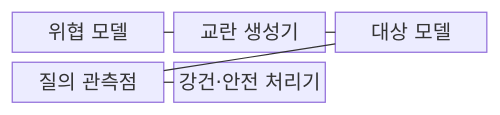
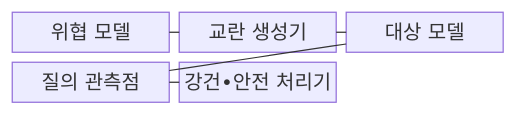
The first of 2 diagrams in src/content/docs/notes/05-security/086_adversarial_example.md (agnusdei1207/knowledge-base), drawn with Mermaid before and after one commit. The commit also changed other lines of this file and 953 other files, not shown here.

````diff
--- a/src/content/docs/notes/05-security/086_adversarial_example.md
+++ b/src/content/docs/notes/05-security/086_adversarial_example.md
@@ -63,13 +63,13 @@
 ```mermaid
 block-beta
   columns 3
   A["위협 모델"]
   B["교란 생성기"]
   C["대상 모델"]
   D["질의 관측점"]
-  E["강건·안전 처리기"]
+  E["강건•안전 처리기"]
   A --- B
   B --- C
   C --- D
   D --- E
 ```
````
